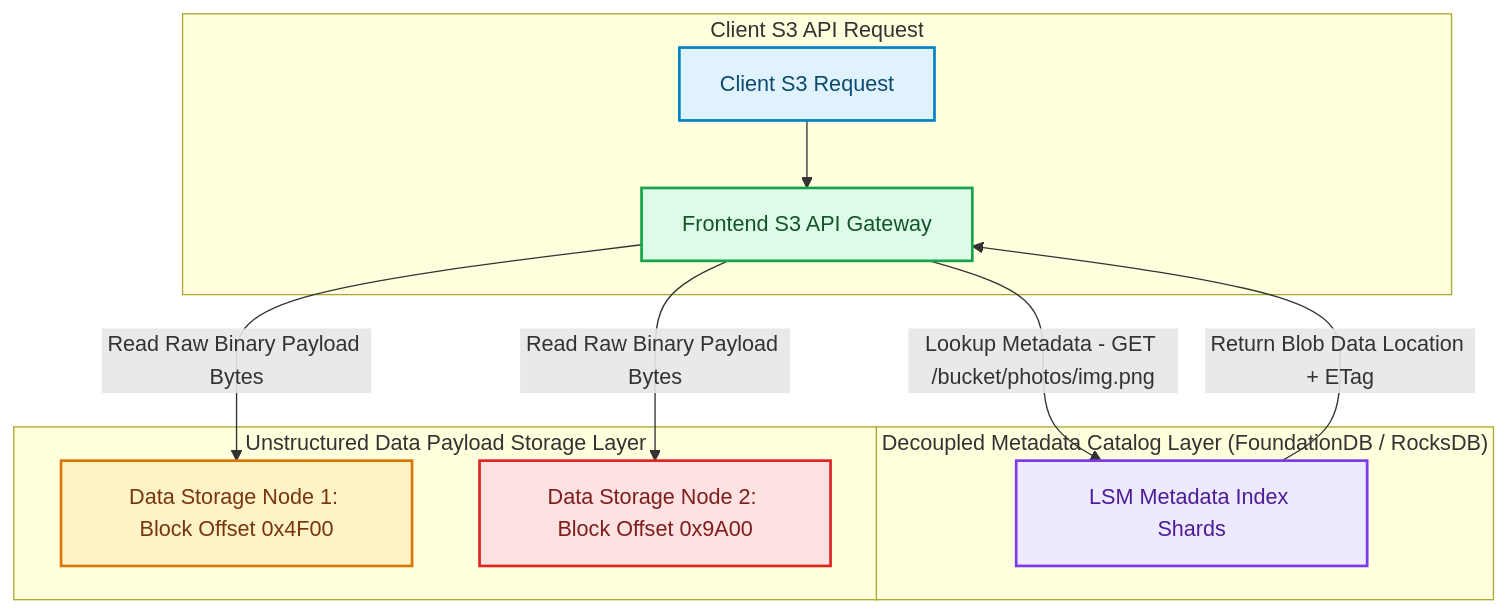
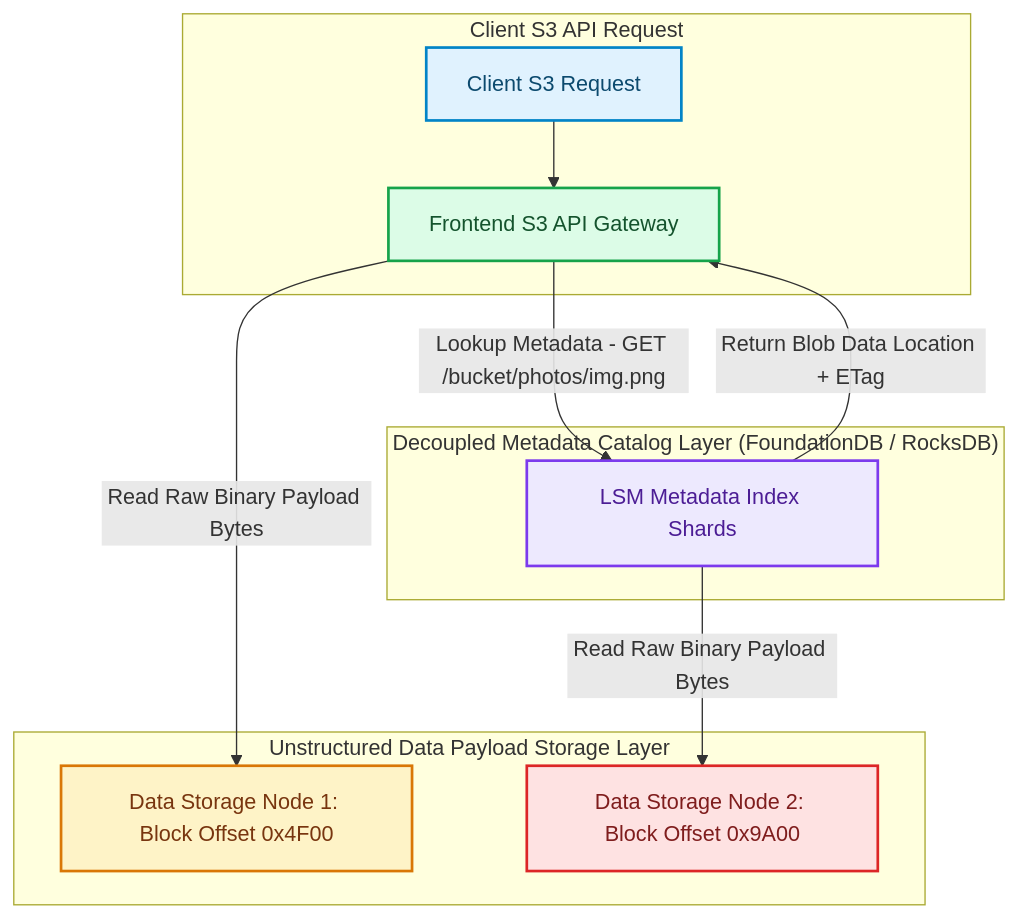
One commit to akmalkhaniub/akmalkhaniub.github.io changed the diagram in blog/posts/object-storage-metadata-catalog-lsm-partitioning.md. Above: the diagram before and after it, drawn with Mermaid. The commit also changed other lines of this file and 894 other files, not shown here.

Commit message:
feat(blog): upgrade all 444 posts with unique staggered dates, 2-col Mermaid spines, benchmark tables, code blocks, and trade-offs

````diff
--- a/blog/posts/object-storage-metadata-catalog-lsm-partitioning.md
+++ b/blog/posts/object-storage-metadata-catalog-lsm-partitioning.md
@@ -21,27 +21,27 @@
 ```mermaid
 flowchart TD
   subgraph SG1_ClientS3Api ["Client S3 API Request"]
     Client["Client S3 Request"] --> S3Proxy["Frontend S3 API Gateway"]
   end
   
   subgraph SG2_DecoupledMetadataCatalog ["Decoupled Metadata Catalog Layer (FoundationDB / RocksDB)"]
     S3Proxy -->|Lookup Metadata - GET /bucket/photos/img.png| MetaCatalog["LSM Metadata Index Shards"]
     MetaCatalog -->|Return Blob Data Location + ETag| S3Proxy
   end
   
   subgraph SG3_UnstructuredDataPayload ["Unstructured Data Payload Storage Layer"]
     S3Proxy -->|Read Raw Binary Payload Bytes| DataNode1["Data Storage Node 1: Block Offset 0x4F00"]
-    S3Proxy -->|Read Raw Binary Payload Bytes| DataNode2["Data Storage Node 2: Block Offset 0x9A00"]
+    MetaCatalog --> |Read Raw Binary Payload Bytes| DataNode2["Data Storage Node 2: Block Offset 0x9A00"]
   end
 
 classDef green fill:#dcfce7,stroke:#16a34a,stroke-width:2px,color:#14532d;
 classDef red fill:#fee2e2,stroke:#dc2626,stroke-width:2px,color:#7f1d1d;
 classDef blue fill:#e0f2fe,stroke:#0284c7,stroke-width:2px,color:#0c4a6e;
 classDef yellow fill:#fef3c7,stroke:#d97706,stroke-width:2px,color:#78350f;
 classDef purple fill:#ede9fe,stroke:#7c3aed,stroke-width:2px,color:#4c1d95;
 class Client blue
 class S3Proxy green
 class MetaCatalog purple
 class DataNode1 yellow
 class DataNode2 red
 ```
````
